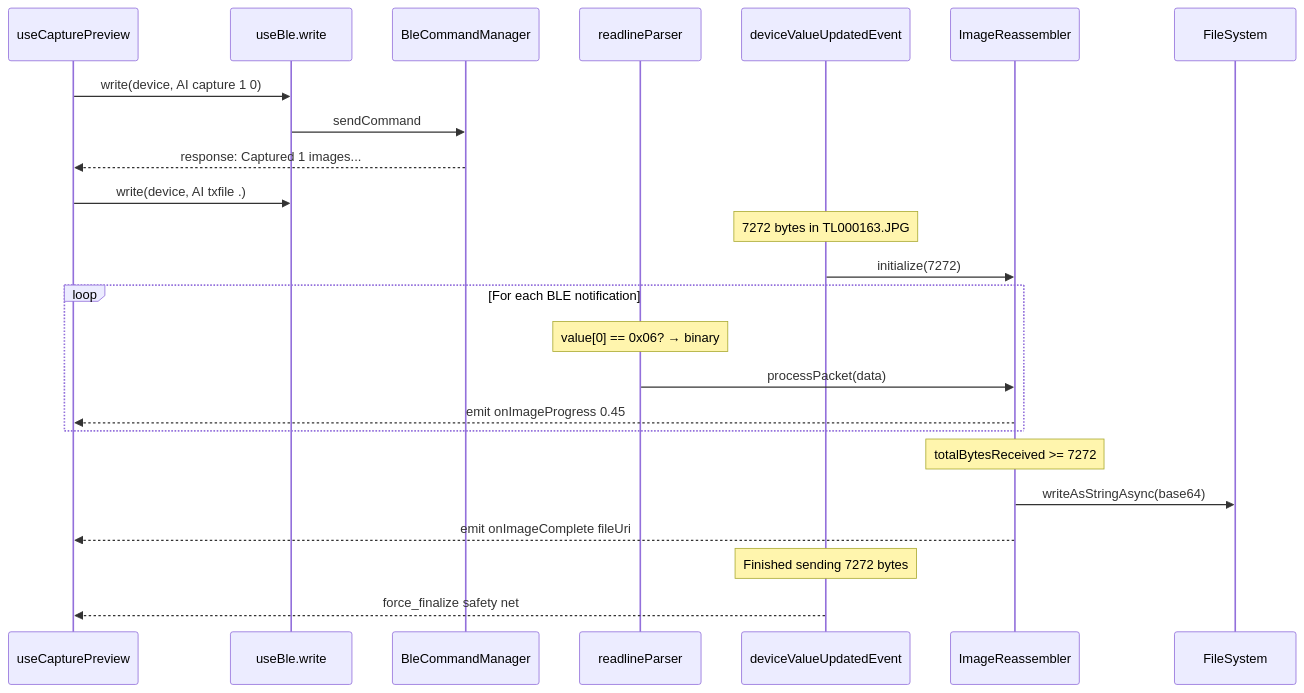
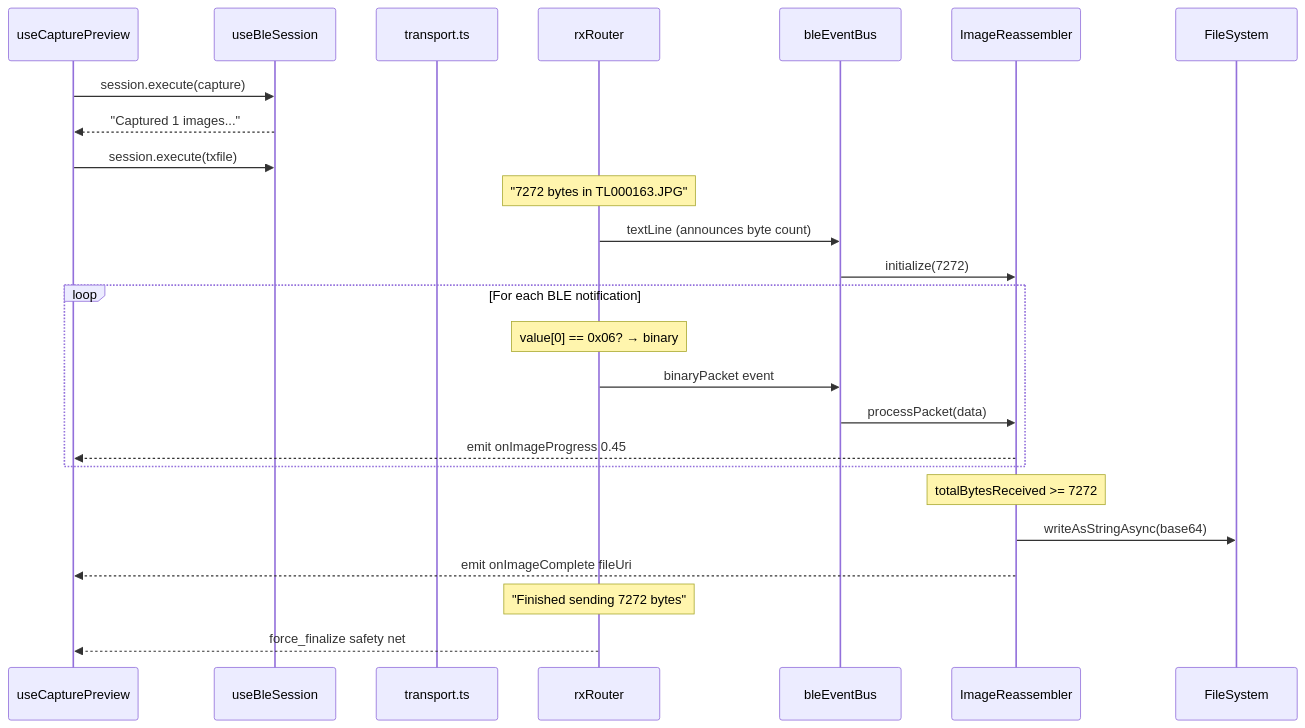
One commit to wildlifeai/ww-mobile-app changed the third of 5 diagrams in documentation/resources/BLE_Architecture.md. Above: the diagram before and after it, drawn with Mermaid. The commit also changed other lines of this file and 62 other files, not shown here.

First line of the commit message:
feat(ble): stabilize rx routing and update flows

````diff
--- a/documentation/resources/BLE_Architecture.md
+++ b/documentation/resources/BLE_Architecture.md
@@ -63,30 +110,31 @@
 ```mermaid
 sequenceDiagram
     participant UI as useCapturePreview
-    participant Write as useBle.write
-    participant Mgr as BleCommandManager
-    participant RL as readlineParser
-    participant DVU as deviceValueUpdatedEvent
+    participant Sess as useBleSession
+    participant TX as transport.ts
+    participant Router as rxRouter
+    participant Bus as bleEventBus
     participant IR as ImageReassembler
     participant FS as FileSystem
 
-    UI->>Write: write(device, AI capture 1 0)
-    Write->>Mgr: sendCommand
-    Mgr-->>UI: response: Captured 1 images...
-    UI->>Write: write(device, AI txfile .)
-    Note over DVU: 7272 bytes in TL000163.JPG
-    DVU->>IR: initialize(7272)
+    UI->>Sess: session.execute(capture)
+    Sess-->>UI: "Captured 1 images..."
+    UI->>Sess: session.execute(txfile)
+    Note over Router: "7272 bytes in TL000163.JPG"
+    Router->>Bus: textLine (announces byte count)
+    Bus->>IR: initialize(7272)
 
     loop For each BLE notification
-        Note over RL: value[0] == 0x06? → binary
-        RL->>IR: processPacket(data)
+        Note over Router: value[0] == 0x06? → binary
+        Router->>Bus: binaryPacket event
+        Bus->>IR: processPacket(data)
         IR-->>UI: emit onImageProgress 0.45
     end
 
     Note over IR: totalBytesReceived >= 7272
     IR->>FS: writeAsStringAsync(base64)
     IR-->>UI: emit onImageComplete fileUri
 
-    Note over DVU: Finished sending 7272 bytes
-    DVU-->>UI: force_finalize safety net
+    Note over Router: "Finished sending 7272 bytes"
+    Router-->>UI: force_finalize safety net
 ```
````
